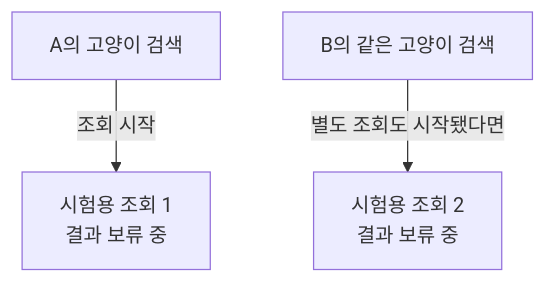
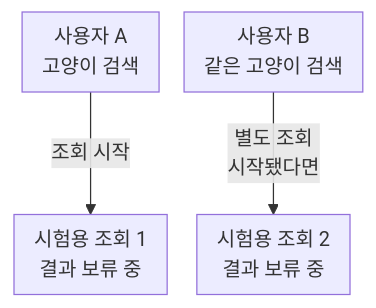
The second of 2 diagrams in content/study/cs/cache-miss-duplicate-load-diagnosis.mdx (jhkimm96/jihee-portfolio), drawn with Mermaid before and after one commit. The commit also changed 5 other files, not shown here.

````diff
--- a/content/study/cs/cache-miss-duplicate-load-diagnosis.mdx
+++ b/content/study/cs/cache-miss-duplicate-load-diagnosis.mdx
@@ -50,5 +50,6 @@
 ```mermaid
+%%{init: {"flowchart": {"nodeSpacing": 20, "padding": 8}}}%%
 flowchart TD
-    A["A의 고양이 검색"] -->|"조회 시작"| X["시험용 조회 1<br/>결과 보류 중"]
-    B["B의 같은 고양이 검색"] -->|"별도 조회도 시작됐다면"| Y["시험용 조회 2<br/>결과 보류 중"]
+    A["사용자 A<br/>고양이 검색"] -->|"조회 시작"| X["시험용 조회 1<br/>결과 보류 중"]
+    B["사용자 B<br/>같은 고양이 검색"] -->|"별도 조회<br/>시작됐다면"| Y["시험용 조회 2<br/>결과 보류 중"]
 ```
````
